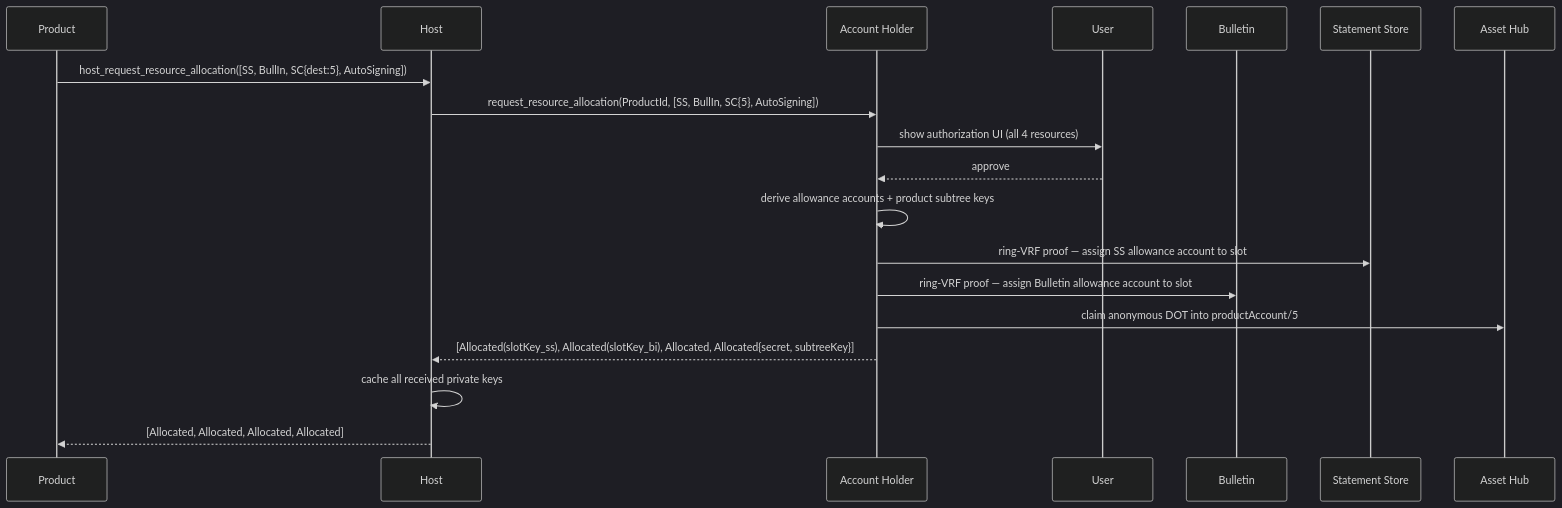
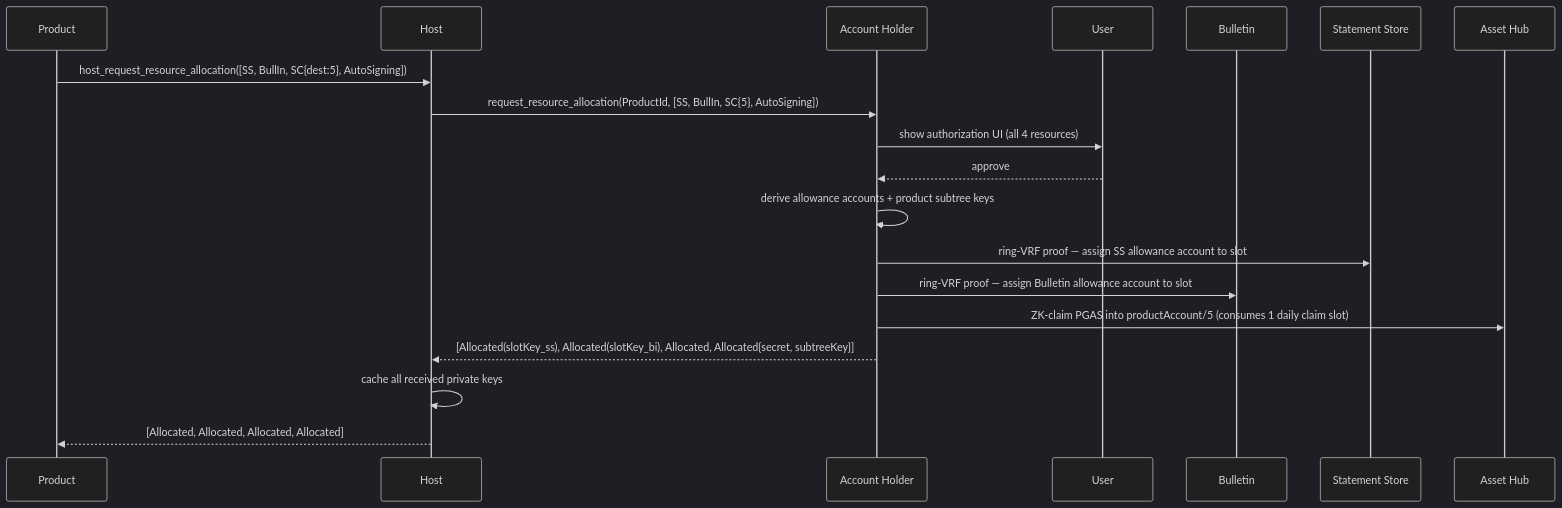
Before and after one commit to paritytech/triangle-js-sdks: the first of 6 diagrams in docs/rfcs/0010-allowance.md, drawn with Mermaid (dark theme). The commit also changed other lines of this file, not shown here.

Commit message:
Update to match PGAS pivot

````diff
--- a/docs/rfcs/0010-allowance.md
+++ b/docs/rfcs/0010-allowance.md
@@ -204,22 +206,22 @@
 ```mermaid
 sequenceDiagram
   participant P as Product
   participant H as Host
   participant A as Account Holder
   participant U as User
   participant B as Bulletin
   participant S as Statement Store
   participant AH as Asset Hub
 
   P->>H: host_request_resource_allocation([SS, BullIn, SC{dest:5}, AutoSigning])
   H->>A: request_resource_allocation(ProductId, [SS, BullIn, SC{5}, AutoSigning])
   A->>U: show authorization UI (all 4 resources)
   U-->>A: approve
   A->>A: derive allowance accounts + product subtree keys
   A->>S: ring-VRF proof — assign SS allowance account to slot
   A->>B: ring-VRF proof — assign Bulletin allowance account to slot
-  A->>AH: claim anonymous DOT into productAccount/5
+  A->>AH: ZK-claim PGAS into productAccount/5 (consumes 1 daily claim slot)
   A-->>H: [Allocated(slotKey_ss), Allocated(slotKey_bi), Allocated, Allocated{secret, subtreeKey}]
   H->>H: cache all received private keys
   H-->>P: [Allocated, Allocated, Allocated, Allocated]
 ```
````
